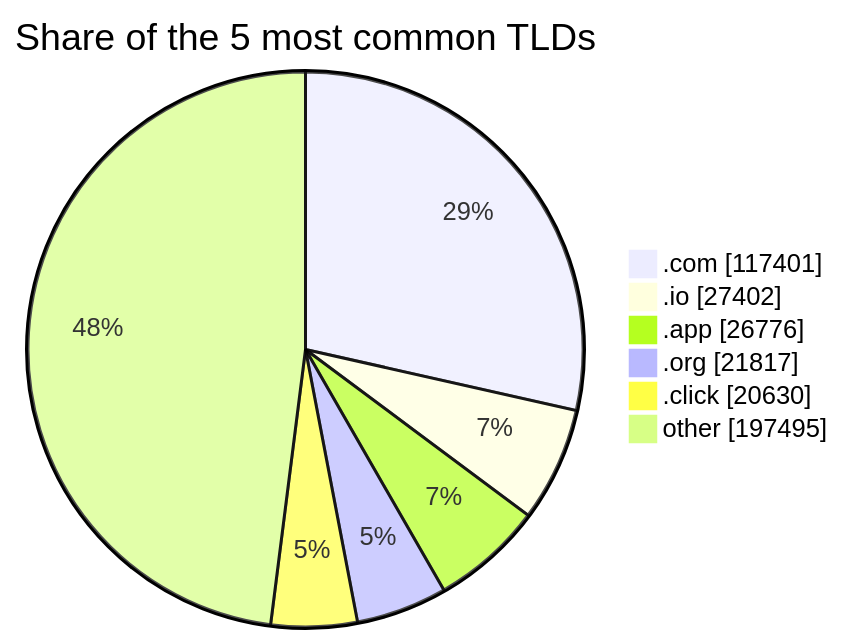
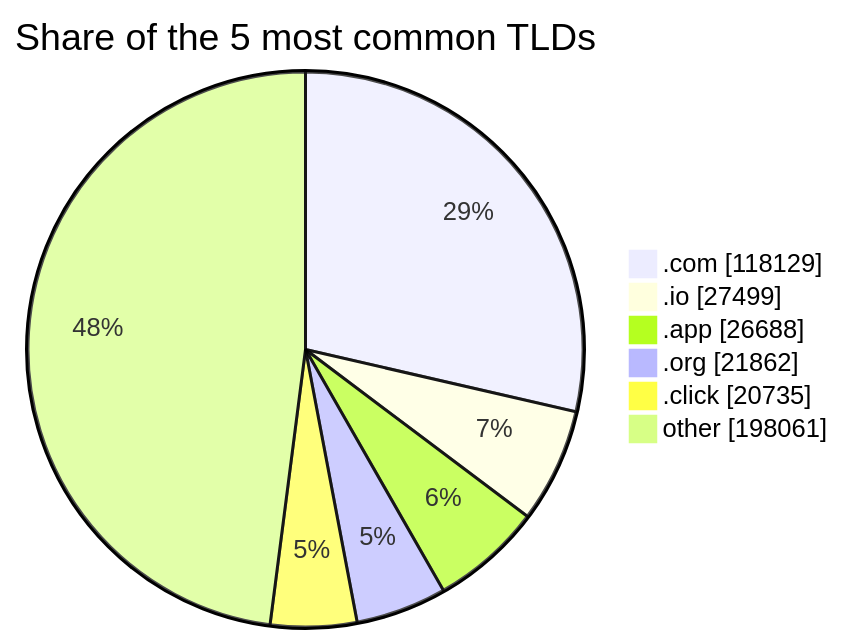
The third of 3 diagrams in README.md (DNSBunker/CTI), drawn with Mermaid before and after one commit. The commit also changed other lines of this file and 3 other files, not shown here.

````diff
--- a/README.md
+++ b/README.md
@@ -81,9 +81,9 @@
 ```mermaid
 pie showData title Share of the 5 most common TLDs
-    ".com" : 117401
-    ".io" : 27402
-    ".app" : 26776
-    ".org" : 21817
-    ".click" : 20630
-    "other" : 197495
+    ".com" : 118129
+    ".io" : 27499
+    ".app" : 26688
+    ".org" : 21862
+    ".click" : 20735
+    "other" : 198061
 ```
````
